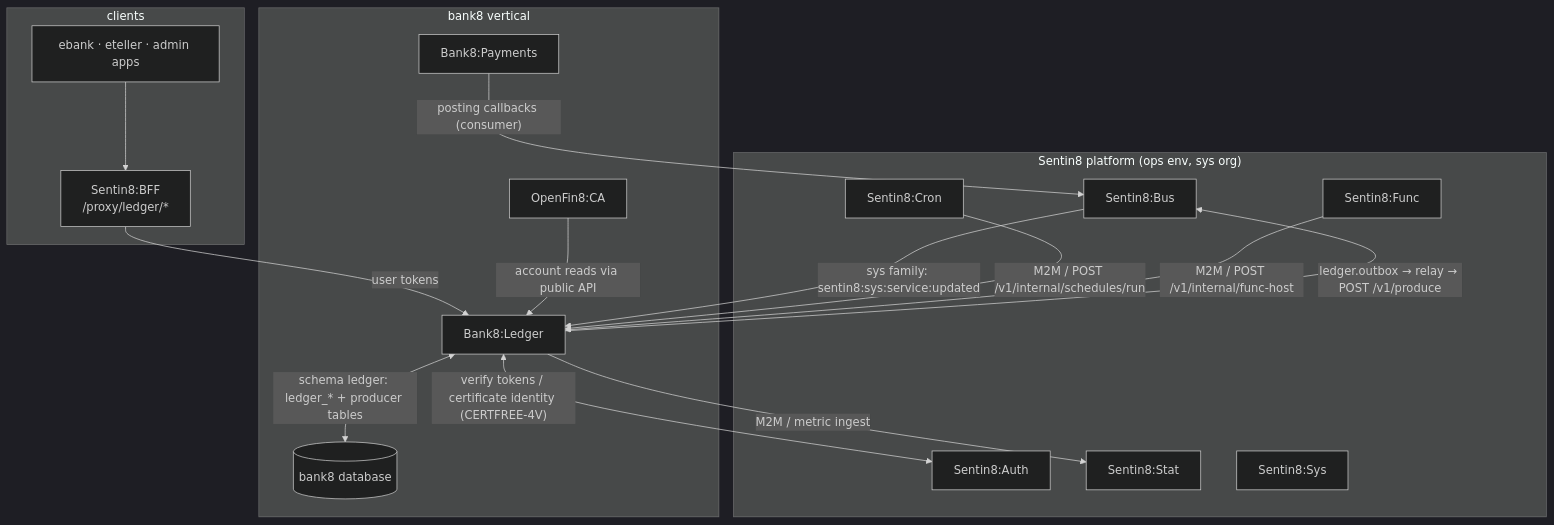
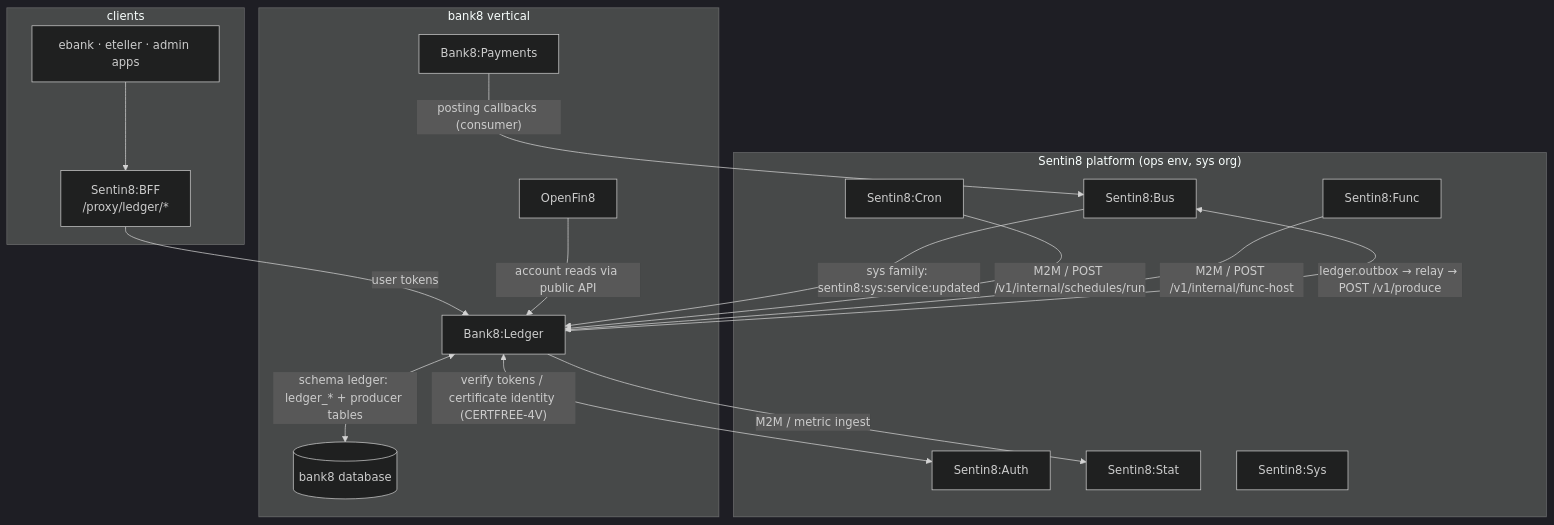
The first of 8 diagrams in DESIGN.md (Bank8-dev/bank8-ledger), drawn with Mermaid (dark theme) before and after one commit.

Commit message:
docs: OpenFin8:CA renamed to OpenFin8 in the DESIGN.md vertical diagram
bank8 composes the OpenFin8 provider role across all its market
adapters (ca/us/uk/eu/br/au), not one Canada-only service.

````diff
--- a/DESIGN.md
+++ b/DESIGN.md
@@ -19,31 +19,31 @@
 ```mermaid
 graph TD
     subgraph platform["Sentin8 platform (ops env, sys org)"]
         AUTH["Sentin8:Auth"]
         BUS["Sentin8:Bus"]
         CRON["Sentin8:Cron"]
         FUNC["Sentin8:Func"]
         STAT["Sentin8:Stat"]
         SYS["Sentin8:Sys"]
     end
     subgraph vertical["bank8 vertical"]
         LEDGER["Bank8:Ledger"]
         PAY["Bank8:Payments"]
-        FDX["OpenFin8:CA"]
+        FDX["OpenFin8"]
         PG[("bank8 database")]
     end
     subgraph clients
         BFF["Sentin8:BFF<br/>/proxy/ledger/*"]
         APPS["ebank · eteller · admin apps"]
     end
     APPS --> BFF -->|"user tokens"| LEDGER
     LEDGER <-->|"verify tokens / certificate identity (CERTFREE-4V)"| AUTH
     LEDGER -->|"ledger.outbox → relay → POST /v1/produce"| BUS
     BUS -->|"sys family: sentin8:sys:service:updated"| LEDGER
     CRON -->|"M2M / POST /v1/internal/schedules/run"| LEDGER
     FUNC -->|"M2M / POST /v1/internal/func-host"| LEDGER
     LEDGER -->|"M2M / metric ingest"| STAT
     PAY -->|"posting callbacks (consumer)"| BUS
     FDX -->|"account reads via public API"| LEDGER
     LEDGER <-->|"schema ledger: ledger_* + producer tables"| PG
 ```
````
